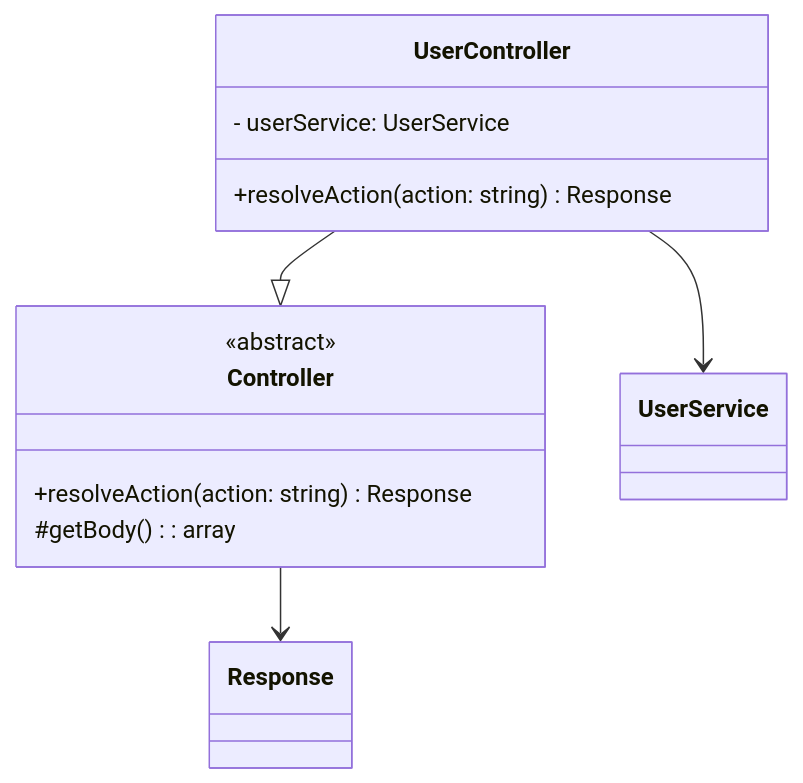
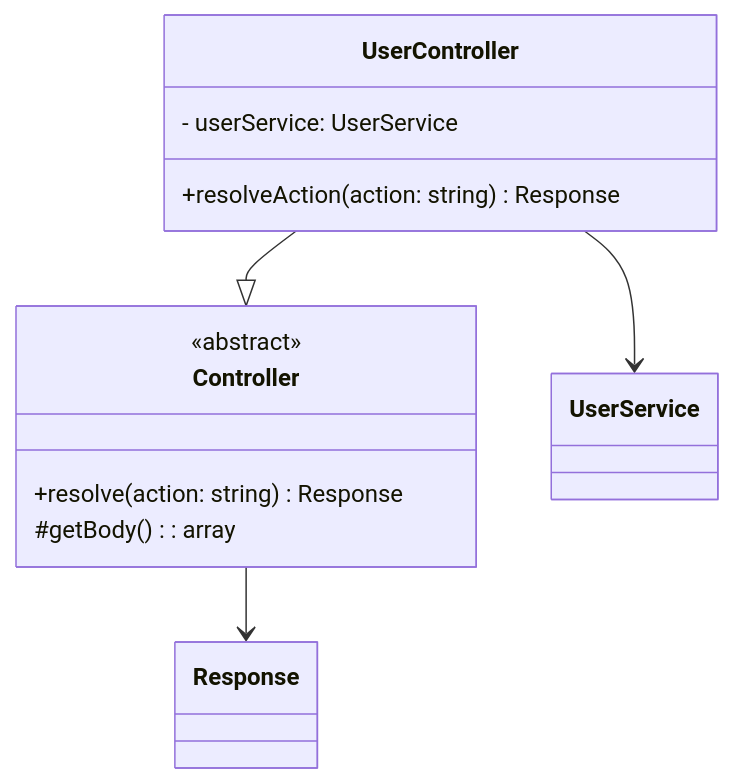
The third of 7 diagrams in documentazione_v2/UC02.md (mb4dev/progetto-prova), drawn with Mermaid before and after one commit. The commit also changed other lines of this file and 4 other files, not shown here.

````diff
--- a/documentazione_v2/UC02.md
+++ b/documentazione_v2/UC02.md
@@ -55,17 +56,17 @@
 ``` mermaid
 classDiagram
 class Controller {
     <<abstract>>
-    +resolveAction(action: string) Response
+    +resolve(action: string) Response
     #getBody(): array
 }
 
 class UserController {
     - userService: UserService
     +resolveAction(action: string) Response
 }
 
 UserController --|> Controller
 UserController --> UserService
 Controller --> Response
 ```
````
